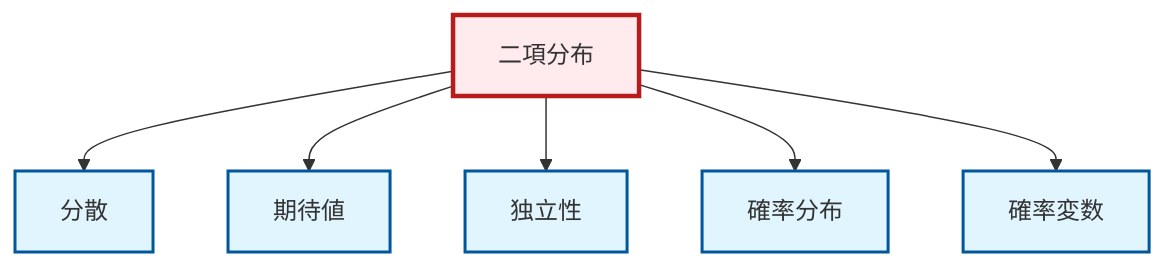
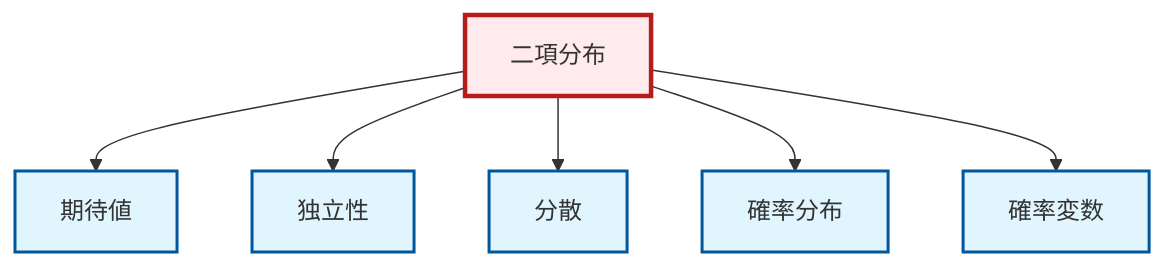
The diagram in output/mermaid/ja/def-binomial-distribution.mermaid (RK0429/ModernMath), drawn with Mermaid before and after one commit. The commit also changed other lines of this file and 3098 other files, not shown here.

```diff
--- a/output/mermaid/ja/def-binomial-distribution.mermaid
+++ b/output/mermaid/ja/def-binomial-distribution.mermaid
@@ -1,18 +1,18 @@
 graph TD
     classDef definition fill:#e1f5fe,stroke:#01579b,stroke-width:2px
     classDef theorem fill:#f3e5f5,stroke:#4a148c,stroke-width:2px
     classDef axiom fill:#fff3e0,stroke:#e65100,stroke-width:2px
     classDef example fill:#e8f5e9,stroke:#1b5e20,stroke-width:2px
     classDef current fill:#ffebee,stroke:#b71c1c,stroke-width:3px
     def-random-variable["確率変数"]:::definition
+    def-probability-distribution["確率分布"]:::definition
+    def-binomial-distribution["二項分布"]:::definition
     def-independence["独立性"]:::definition
     def-variance["分散"]:::definition
     def-expectation["期待値"]:::definition
-    def-probability-distribution["確率分布"]:::definition
-    def-binomial-distribution["二項分布"]:::definition
-    def-binomial-distribution --> def-variance
     def-binomial-distribution --> def-expectation
     def-binomial-distribution --> def-independence
+    def-binomial-distribution --> def-variance
     def-binomial-distribution --> def-probability-distribution
     def-binomial-distribution --> def-random-variable
     class def-binomial-distribution current
```
